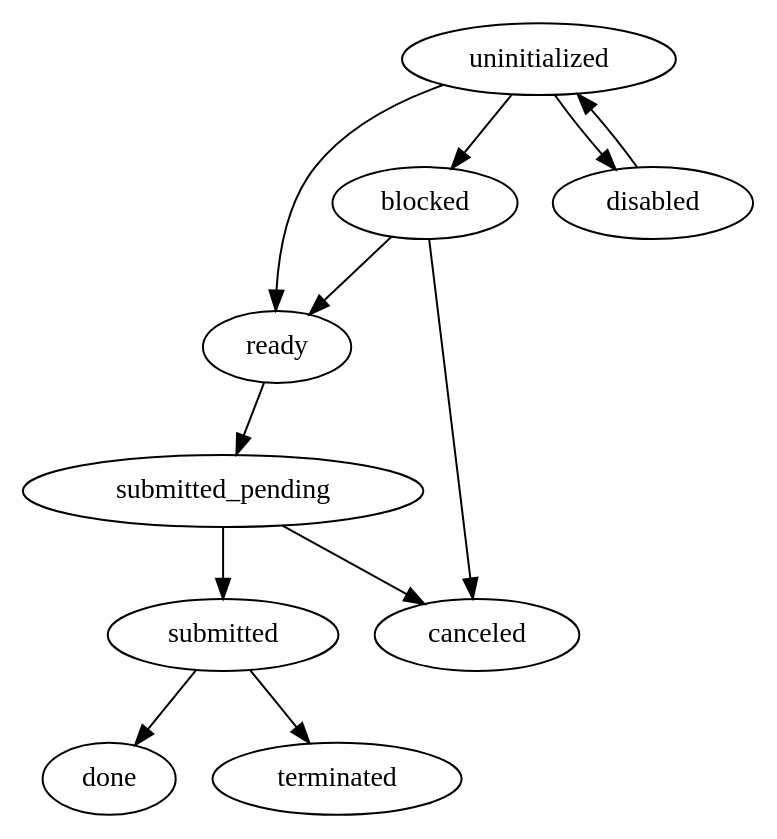
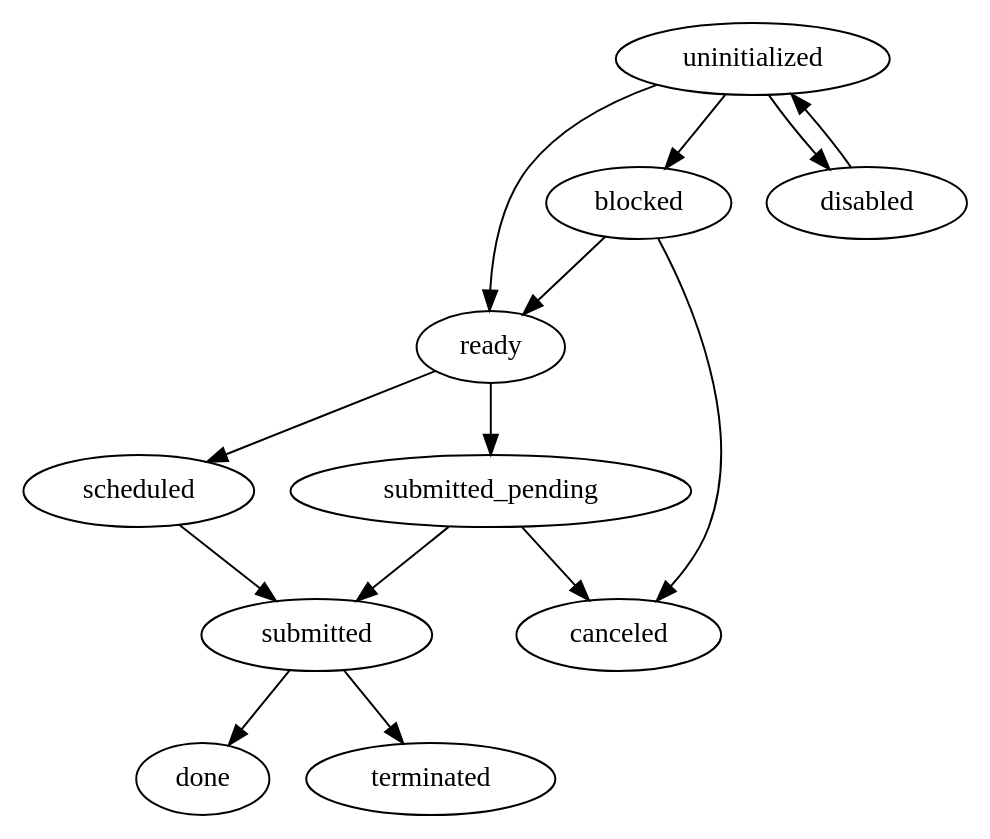
One commit to NREL/torc changed the diagram in docs/behavioral_spec/jobs.rst. Above: the diagram before and after it, drawn with Graphviz. The commit also changed other lines of this file and 22 other files, not shown here.

```diff
--- a/docs/behavioral_spec/jobs.rst
+++ b/docs/behavioral_spec/jobs.rst
@@ -24,15 +24,17 @@
 .. graphviz::
 
    digraph job_statuses {
       "uninitialized" -> "ready";
       "uninitialized" -> "blocked";
       "uninitialized" -> "disabled";
       "disabled" -> "uninitialized";
       "ready" -> "submitted_pending";
+      "ready" -> "scheduled";
       "submitted_pending" -> "submitted";
       "submitted_pending" -> "canceled";
+      "scheduled" -> "submitted";
       "submitted" -> "done";
       "submitted" -> "terminated";
       "blocked" -> "canceled";
       "blocked" -> "ready";
    }
```
